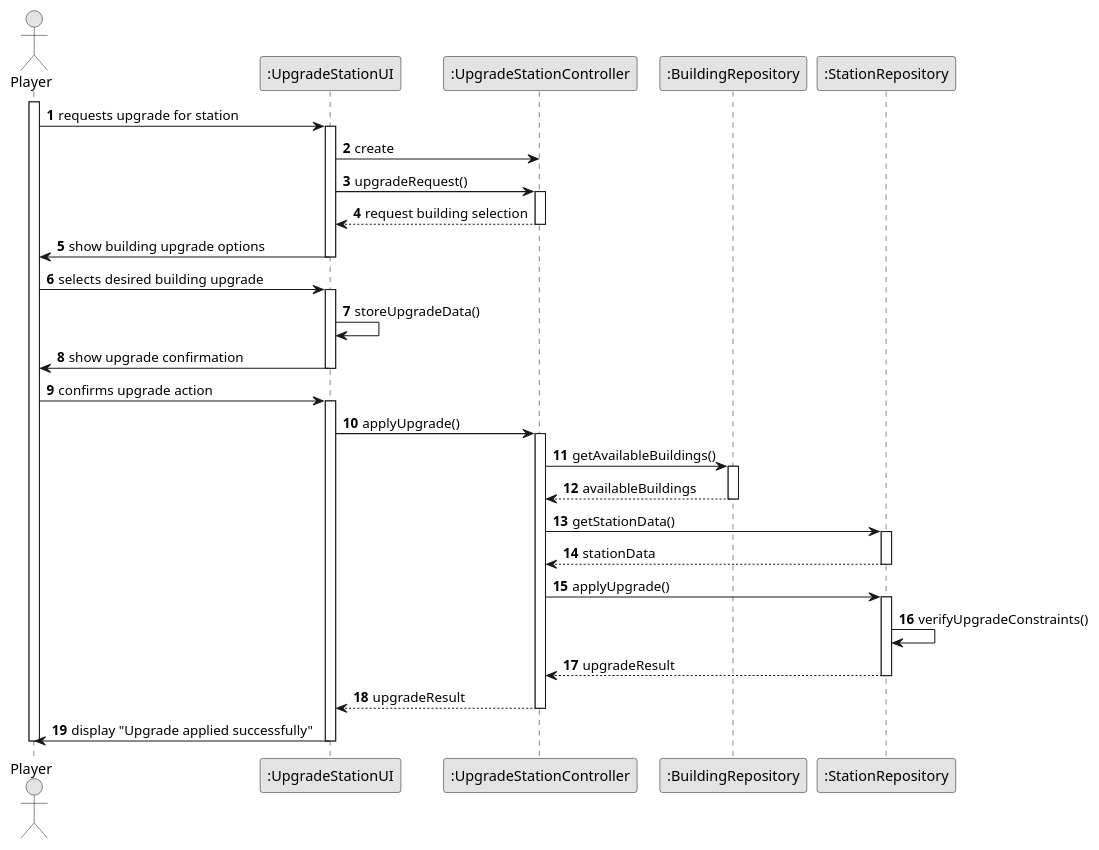
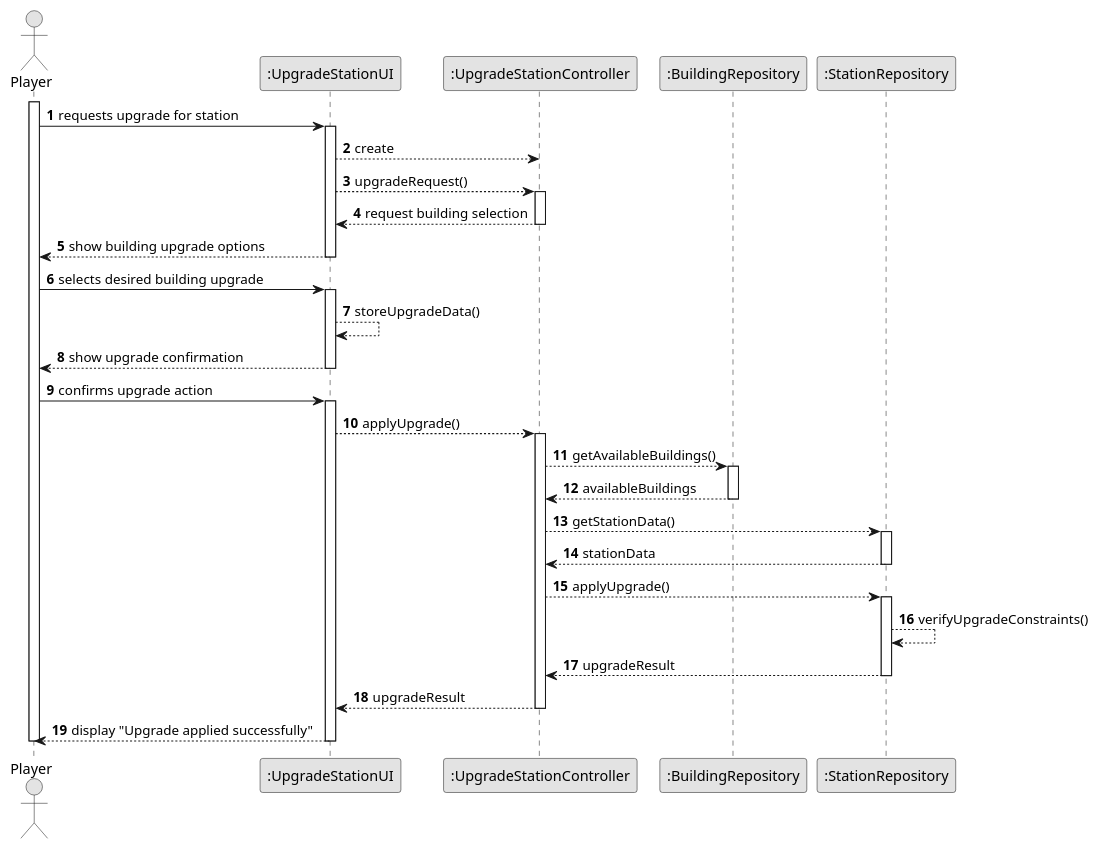
Before and after one commit to goncalolopesp/sem2-pi-24.25-g093-repo: the diagram in docs/system-documentation/US006/03.design/puml/US006-SD.puml, drawn with PlantUML. The commit also changed 4 other files, not shown here.

```diff
--- a/docs/system-documentation/US006/03.design/puml/US006-SD.puml
+++ b/docs/system-documentation/US006/03.design/puml/US006-SD.puml
@@ -1,60 +1,60 @@
 @startuml US006-SD
 skinparam monochrome true
 skinparam packageStyle rectangle
 skinparam shadowing false
 autonumber
 
 actor "Player" as Player
 participant ":UpgradeStationUI" as UpgradeUI
 participant ":UpgradeStationController" as UpgradeController
 participant ":BuildingRepository" as BuildingRepo
 participant ":StationRepository" as StationRepo
 
 activate Player
 
 Player -> UpgradeUI: requests upgrade for station
 activate UpgradeUI
 
-UpgradeUI -> UpgradeController: create
-UpgradeUI -> UpgradeController: upgradeRequest()
+UpgradeUI --> UpgradeController: create
+UpgradeUI --> UpgradeController: upgradeRequest()
 activate UpgradeController
 
 UpgradeController --> UpgradeUI: request building selection
 deactivate UpgradeController
-UpgradeUI -> Player: show building upgrade options
+UpgradeUI --> Player: show building upgrade options
 deactivate UpgradeUI
 
 Player -> UpgradeUI: selects desired building upgrade
 activate UpgradeUI
-UpgradeUI -> UpgradeUI: storeUpgradeData()
-UpgradeUI -> Player: show upgrade confirmation
+UpgradeUI --> UpgradeUI: storeUpgradeData()
+UpgradeUI --> Player: show upgrade confirmation
 deactivate UpgradeUI
 
 Player -> UpgradeUI: confirms upgrade action
 activate UpgradeUI
-UpgradeUI -> UpgradeController: applyUpgrade()
+UpgradeUI --> UpgradeController: applyUpgrade()
 activate UpgradeController
 
-UpgradeController -> BuildingRepo: getAvailableBuildings()
+UpgradeController --> BuildingRepo: getAvailableBuildings()
 activate BuildingRepo
 BuildingRepo --> UpgradeController: availableBuildings
 deactivate BuildingRepo
 
-UpgradeController -> StationRepo: getStationData()
+UpgradeController --> StationRepo: getStationData()
 activate StationRepo
 StationRepo --> UpgradeController: stationData
 deactivate StationRepo
 
-UpgradeController -> StationRepo: applyUpgrade()
+UpgradeController --> StationRepo: applyUpgrade()
 activate StationRepo
-StationRepo -> StationRepo: verifyUpgradeConstraints()
+StationRepo --> StationRepo: verifyUpgradeConstraints()
 StationRepo --> UpgradeController: upgradeResult
 deactivate StationRepo
 
 UpgradeController --> UpgradeUI: upgradeResult
 deactivate UpgradeController
 
-UpgradeUI -> Player: display "Upgrade applied successfully"
+UpgradeUI --> Player: display "Upgrade applied successfully"
 deactivate UpgradeUI
 deactivate Player
 @enduml
```
